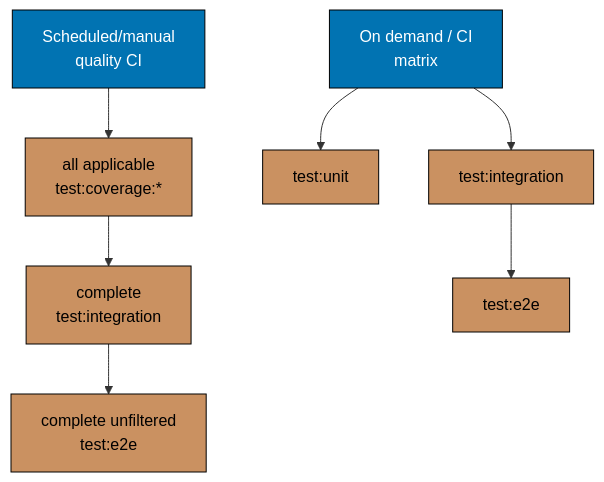
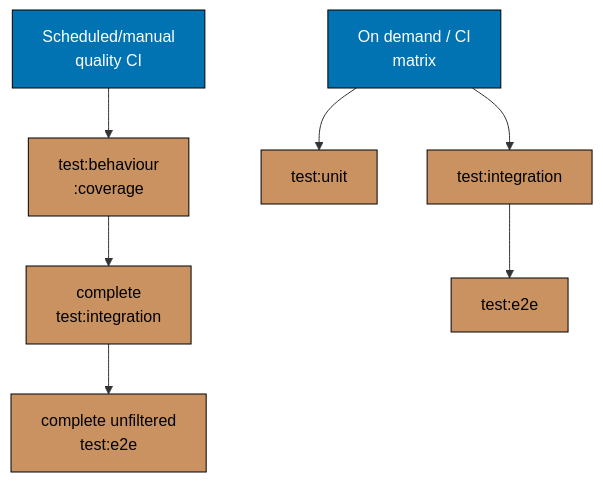
One commit to wahidyankf/ose-public changed the second of 2 diagrams in repo-governance/development/infra/nx-targets/execution-model.md. Above: the diagram before and after it, drawn with Mermaid. The commit also changed other lines of this file and 1332 other files, not shown here.

````diff
--- a/repo-governance/development/infra/nx-targets/execution-model.md
+++ b/repo-governance/development/infra/nx-targets/execution-model.md
@@ -55,18 +55,18 @@
 ```mermaid
 flowchart TD
     accTitle: Scheduled and On-Demand Testing
-    accDescr: Scheduled/manual quality CI leads to all applicable test:coverage:*; all applicable test:coverage:* leads to complete test:integration; complete test:integration leads to complete unfiltered test:e2e; On demand / CI matrix leads to test:unit; and 2 more links.
-    H2["Scheduled/manual<br/>quality CI"] --> C2["all applicable<br/>test:coverage:*"]
+    accDescr: Scheduled/manual quality CI leads to test:behaviour:coverage; test:behaviour:coverage leads to complete test:integration; complete test:integration leads to complete unfiltered test:e2e; On demand / CI matrix leads to test:unit; and 2 more links.
+    H2["Scheduled/manual<br/>quality CI"] --> C2["test:behaviour<br/>:coverage"]
     C2 --> I2["complete<br/>test:integration"]
     I2 --> E2["complete unfiltered<br/>test:e2e"]
 
     J[On demand / CI<br/>matrix] --> K[test:unit]
     J --> L[test:integration]
     L --> M[test:e2e]
 
     classDef blue fill:#0173B2,stroke:#000000,color:#FFFFFF
     classDef brown fill:#CA9161,stroke:#000000,color:#000000
     class H2,J blue
     class C2,I2,E2,K,L,M brown
     classDef default fill:#FFFFFF,stroke:#000000,color:#000000
 ```
````
